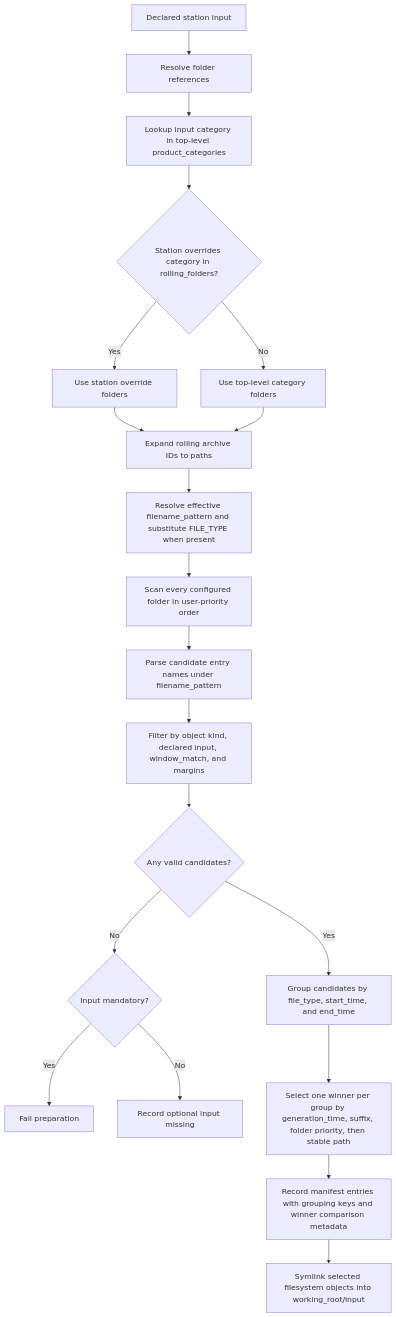
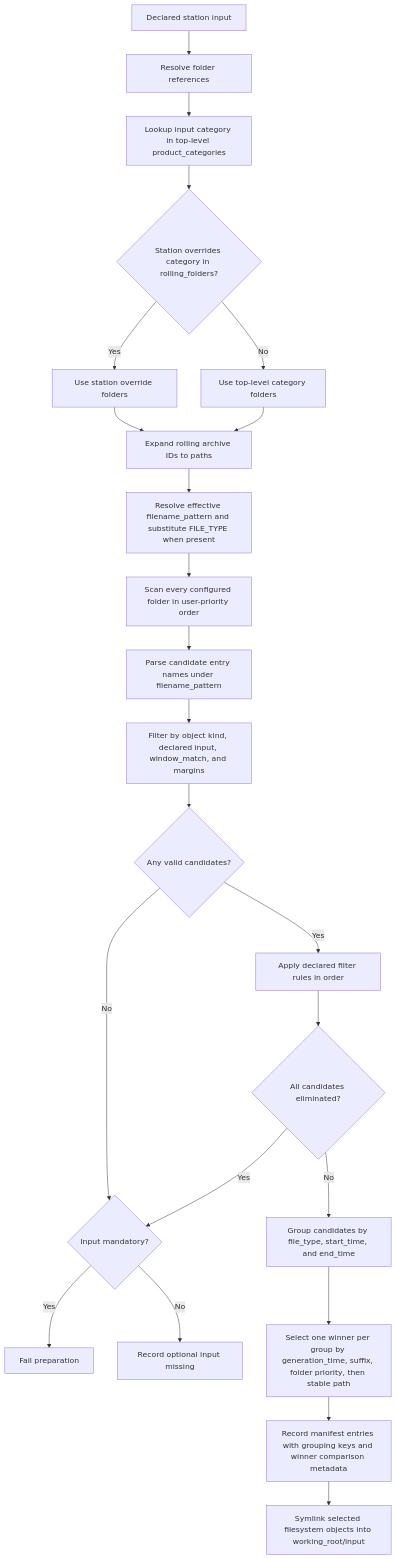
The first of 5 diagrams in docs/specs/2.system_architecture.md (GoBobr/veriproc), drawn with Mermaid before and after one commit. The commit also changed other lines of this file and 6 other files, not shown here.

````diff
--- a/docs/specs/2.system_architecture.md
+++ b/docs/specs/2.system_architecture.md
@@ -516,22 +520,25 @@
 ```mermaid
 flowchart TD
   A[Declared station input] --> B[Resolve folder references]
   B --> C[Lookup input category in top-level product_categories]
   C --> D{Station overrides category in rolling_folders?}
   D -- Yes --> E[Use station override folders]
   D -- No --> F[Use top-level category folders]
   E --> G[Expand rolling archive IDs to paths]
   F --> G
   G --> H[Resolve effective filename_pattern and substitute FILE_TYPE when present]
   H --> I[Scan every configured folder in user-priority order]
   I --> J[Parse candidate entry names under filename_pattern]
   J --> K[Filter by object kind, declared input, window_match, and margins]
   K --> L{Any valid candidates?}
   L -- No --> M{Input mandatory?}
   M -- Yes --> N[Fail preparation]
   M -- No --> O[Record optional input missing]
-  L -- Yes --> P[Group candidates by file_type, start_time, and end_time]
+  L -- Yes --> FA[Apply declared filter rules in order]
+  FA --> FB{All candidates eliminated?}
+  FB -- Yes --> M
+  FB -- No --> P[Group candidates by file_type, start_time, and end_time]
   P --> Q[Select one winner per group by generation_time, suffix, folder priority, then stable path]
   Q --> R[Record manifest entries with grouping keys and winner comparison metadata]
   R --> S[Symlink selected filesystem objects into working_root/input]
 ```
````
